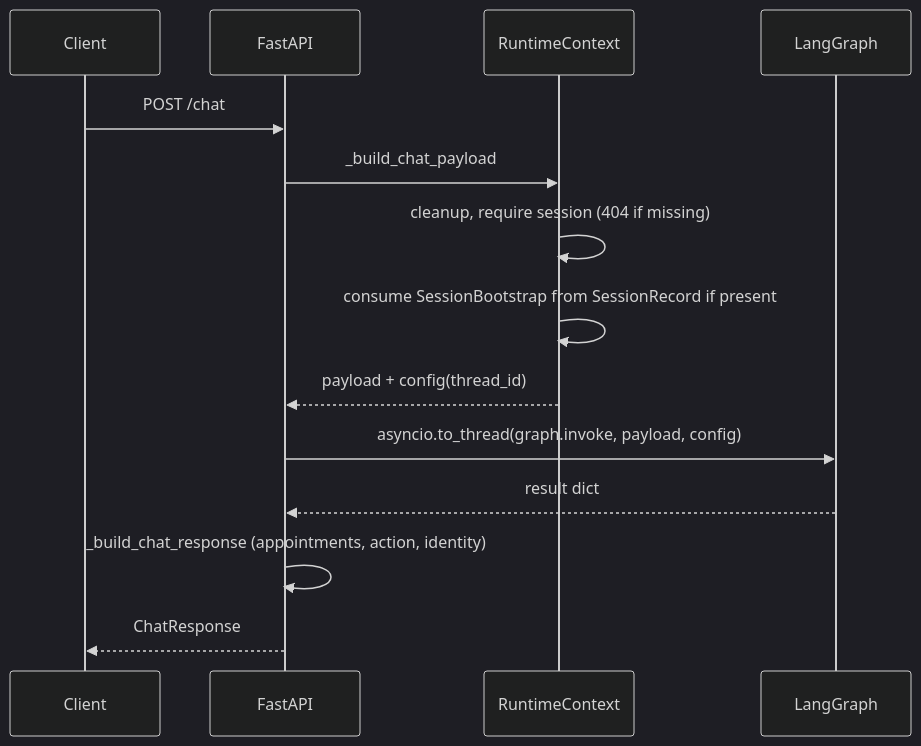
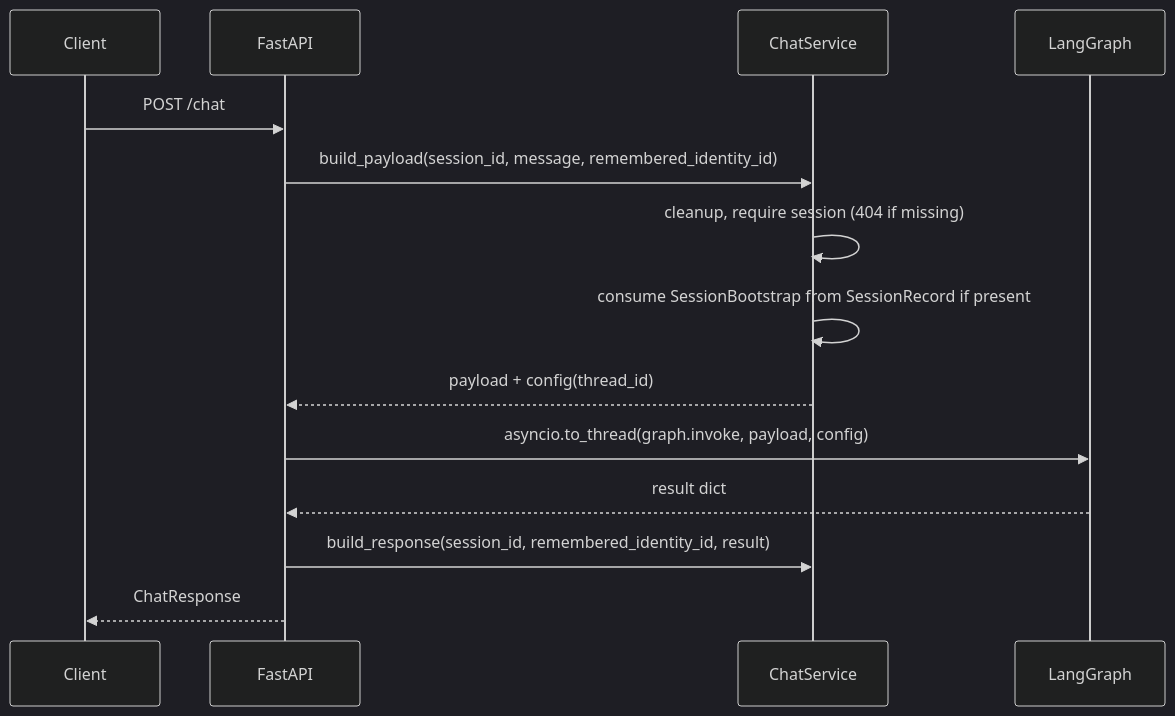
Before and after one commit to ktakanopy/appointment-bot: the fifth of 6 diagrams in docs/architecture.md, drawn with Mermaid (dark theme). The commit also changed other lines of this file and 47 other files, not shown here.

````diff
--- a/docs/architecture.md
+++ b/docs/architecture.md
@@ -100,17 +162,17 @@
 ```mermaid
 sequenceDiagram
   participant C as Client
   participant API as FastAPI
-  participant RT as RuntimeContext
+  participant CS as ChatService
   participant G as LangGraph
 
   C->>API: POST /chat
-  API->>RT: _build_chat_payload
-  RT->>RT: cleanup, require session (404 if missing)
-  RT->>RT: consume SessionBootstrap from SessionRecord if present
-  RT-->>API: payload + config(thread_id)
+  API->>CS: build_payload(session_id, message, remembered_identity_id)
+  CS->>CS: cleanup, require session (404 if missing)
+  CS->>CS: consume SessionBootstrap from SessionRecord if present
+  CS-->>API: payload + config(thread_id)
   API->>G: asyncio.to_thread(graph.invoke, payload, config)
   G-->>API: result dict
-  API->>API: _build_chat_response (appointments, action, identity)
+  API->>CS: build_response(session_id, remembered_identity_id, result)
   API-->>C: ChatResponse
 ```
````
